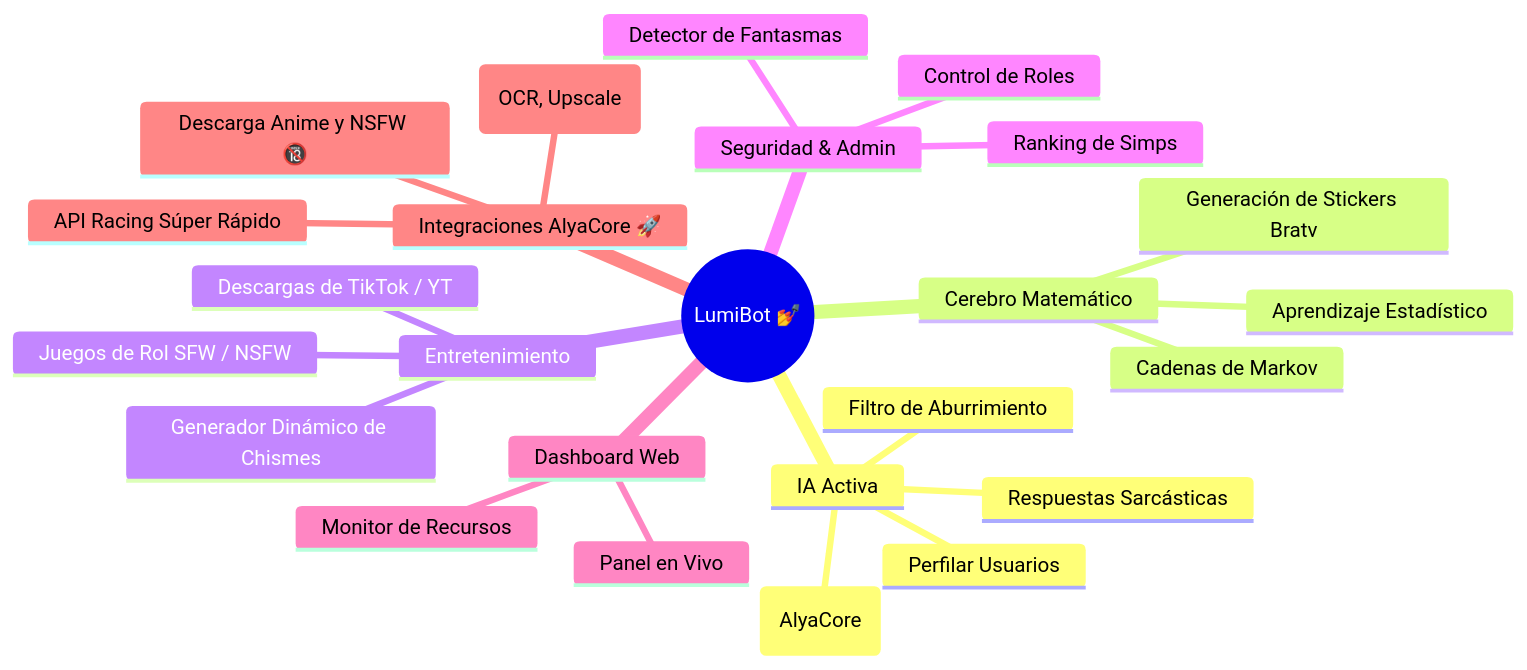
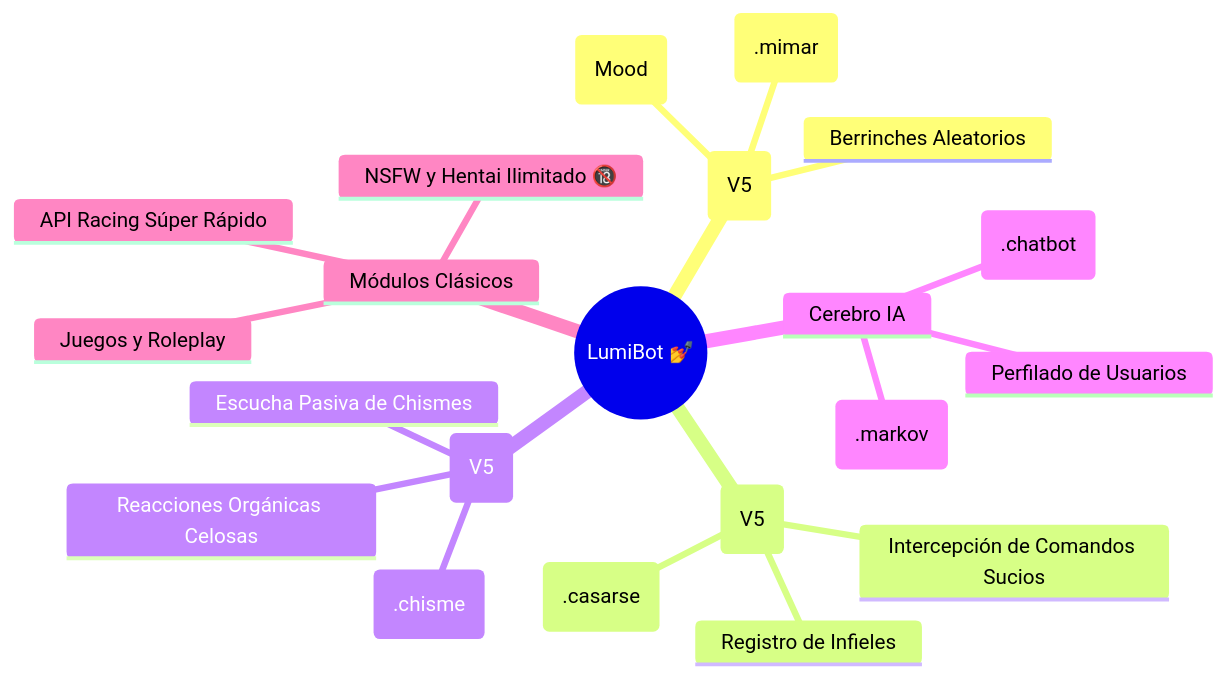
Before and after one commit to LuferOS/LumiBot: the first of 6 diagrams in README.md, drawn with Mermaid. The commit also changed other lines of this file and 99 other files, not shown here.

Commit message:
feat: Diva Engine V5, Bodas, Policia Toxica, Red de Chismes

````diff
--- a/README.md
+++ b/README.md
@@ -34,28 +34,24 @@
 ```mermaid
 mindmap
   root((LumiBot 💅))
-    IA Activa
-      Perfilar Usuarios
-      Filtro de Aburrimiento
-      Respuestas Sarcásticas
-      Integración LLM (AlyaCore)
-    Cerebro Matemático
-      Cadenas de Markov
-      Aprendizaje Estadístico
-      Generación de Stickers Bratv
-    Entretenimiento
-      Juegos de Rol SFW / NSFW
-      Generador Dinámico de Chismes
-      Descargas de TikTok / YT
-    Seguridad & Admin
-      Detector de Fantasmas
-      Ranking de Simps
-      Control de Roles
-    Dashboard Web
-      Monitor de Recursos
-      Panel en Vivo
-    Integraciones AlyaCore 🚀
+    Motor de Diva (V5)
+      Sistema de Ánimo (Mood)
+      Berrinches Aleatorios
+      Regalos y Economy (.mimar)
+    Policía Tóxica (V5)
+      Bodas Oficiales (.casarse)
+      Registro de Infieles
+      Intercepción de Comandos Sucios
+    Gossip Network (V5)
+      Escucha Pasiva de Chismes
+      Revelación Anónima (.chisme)
+      Reacciones Orgánicas Celosas
+    Cerebro IA
+      Perfilado de Usuarios
+      Respuesta Activa (.chatbot)
+      Cadena de Markov (.markov)
+    Módulos Clásicos
       API Racing Súper Rápido
-      Herramientas Inteligentes (OCR, Upscale)
-      Descarga Anime y NSFW 🔞
+      NSFW y Hentai Ilimitado 🔞
+      Juegos y Roleplay
 ```
````
